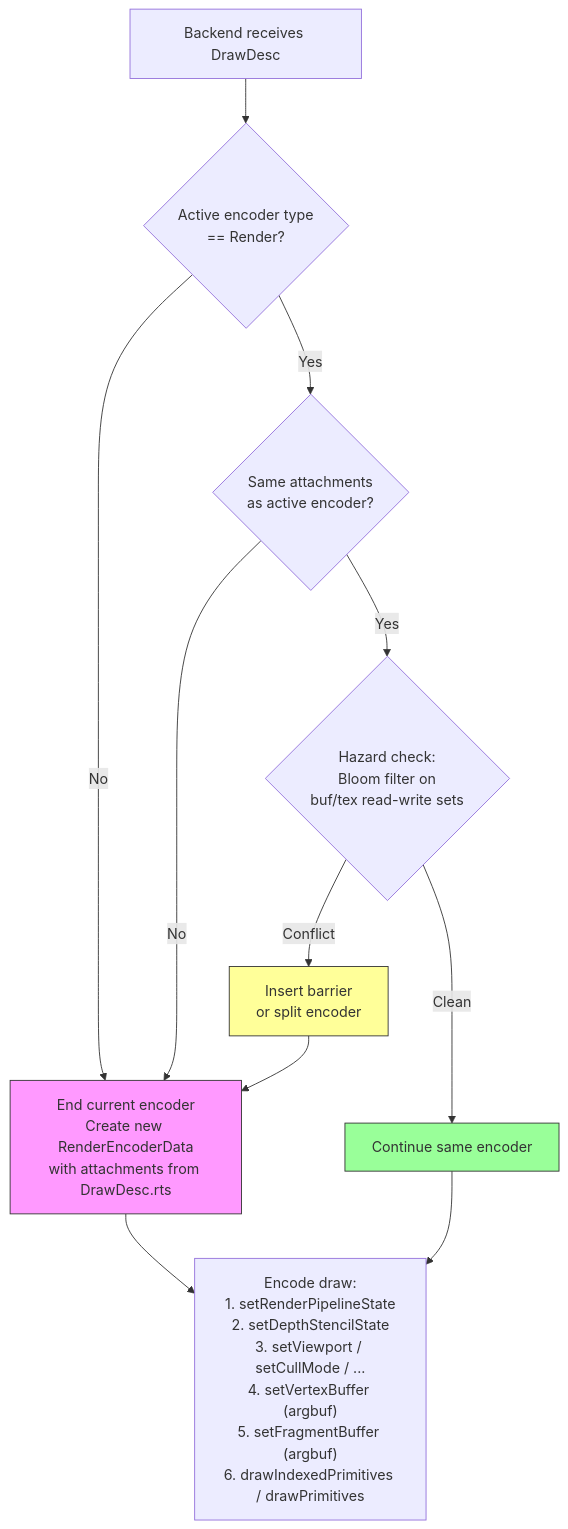
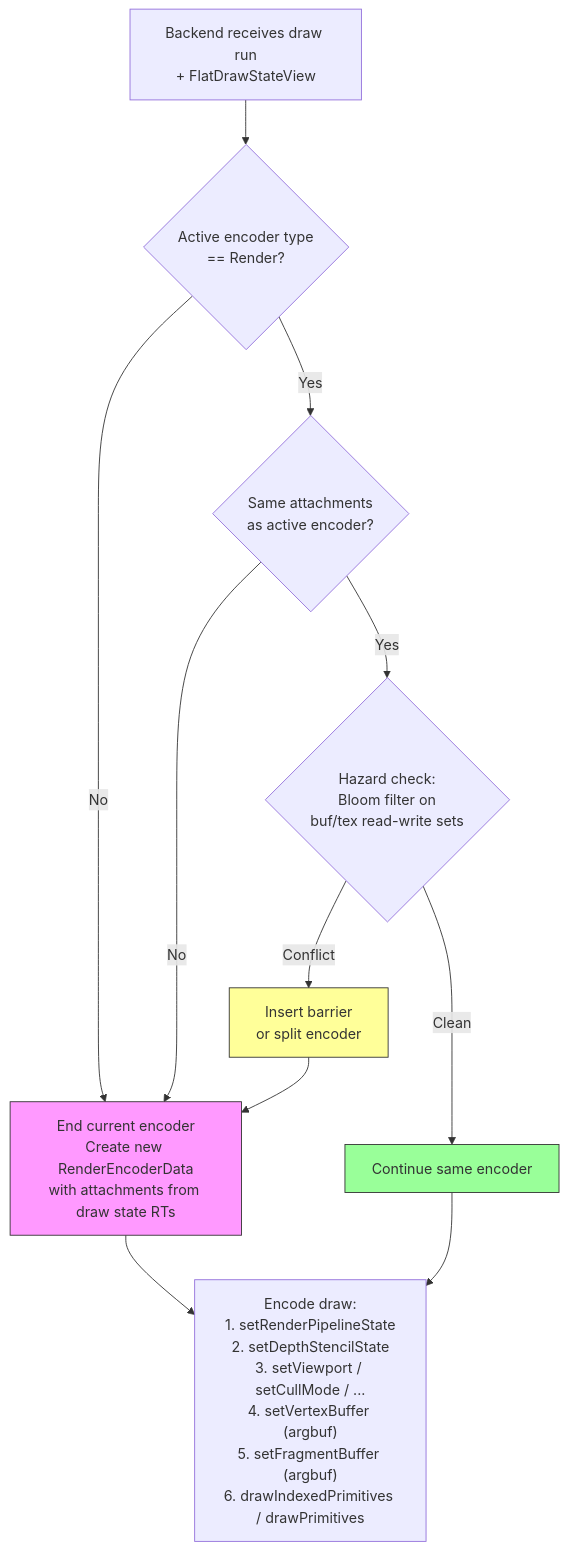
The seventh of 12 diagrams in specs/backend/design.md (dfdgsdfg/dxmt9), drawn with Mermaid before and after one commit. The commit also changed other lines of this file and 7 other files, not shown here.

Commit message:
d3d9: refine production draw run contracts

````diff
--- a/specs/backend/design.md
+++ b/specs/backend/design.md
@@ -346,19 +346,19 @@
 ```mermaid
 flowchart TD
-    A["Backend receives DrawDesc"] --> B{Active encoder type\n== Render?}
-    B -->|No| NEWPASS["End current encoder\nCreate new RenderEncoderData\nwith attachments from DrawDesc.rts"]
+    A["Backend receives draw run\n+ FlatDrawStateView"] --> B{Active encoder type\n== Render?}
+    B -->|No| NEWPASS["End current encoder\nCreate new RenderEncoderData\nwith attachments from draw state RTs"]
     B -->|Yes| C{Same attachments\nas active encoder?}
     C -->|No| NEWPASS
     C -->|Yes| D{Hazard check:\nBloom filter on\nbuf/tex read-write sets}
     D -->|Conflict| BARRIER["Insert barrier\nor split encoder"]
     D -->|Clean| MERGE["Continue same encoder"]
     NEWPASS --> ENCODE
     MERGE --> ENCODE
     BARRIER --> NEWPASS
 
     ENCODE["Encode draw:\n1. setRenderPipelineState\n2. setDepthStencilState\n3. setViewport / setCullMode / ...\n4. setVertexBuffer (argbuf)\n5. setFragmentBuffer (argbuf)\n6. drawIndexedPrimitives / drawPrimitives"]
 
     style MERGE fill:#9f9,stroke:#333
     style NEWPASS fill:#f9f,stroke:#333
     style BARRIER fill:#ff9,stroke:#333
 ```
````
